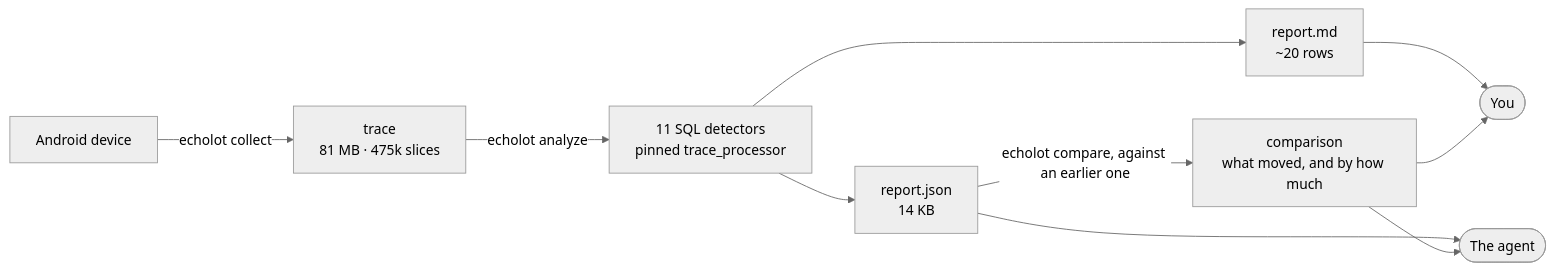
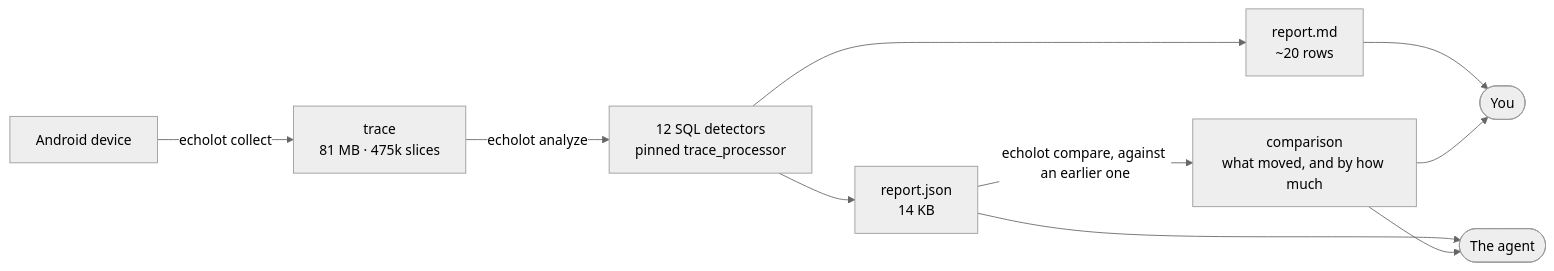
Before and after one commit to grishan0v/echolot: the diagram in README.md, drawn with Mermaid (neutral theme). The commit also changed other lines of this file and 6 other files, not shown here.

````diff
--- a/README.md
+++ b/README.md
@@ -364,19 +379,19 @@
 ```mermaid
 flowchart LR
     A["Android device"]
     B["trace<br/>81 MB · 475k slices"]
-    C["11 SQL detectors<br/>pinned trace_processor"]
+    C["12 SQL detectors<br/>pinned trace_processor"]
     D["report.md<br/>~20 rows"]
     E["report.json<br/>14 KB"]
     H["comparison<br/>what moved, and by how much"]
     F(["You"])
     G(["The agent"])
 
     A -->|"echolot collect"| B
     B -->|"echolot analyze"| C
     C --> D --> F
     C --> E --> G
     E -->|"echolot compare, against an earlier one"| H
     H --> F
     H --> G
 ```
````
